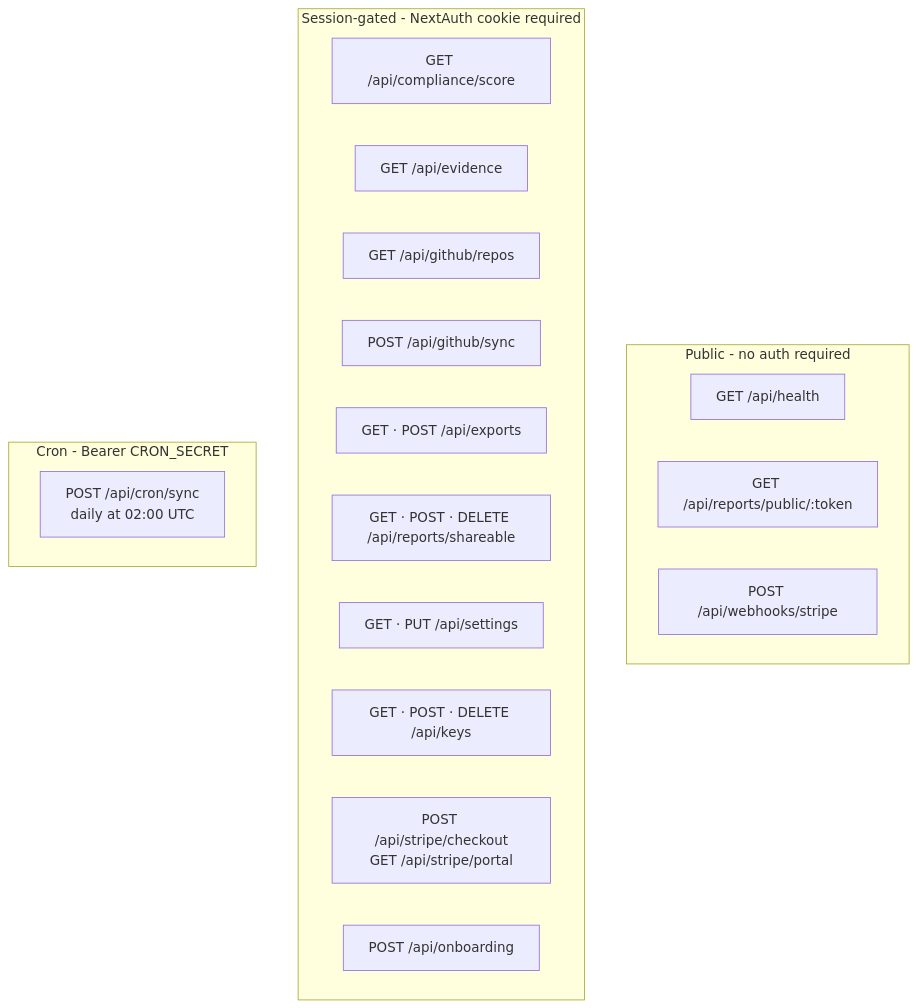
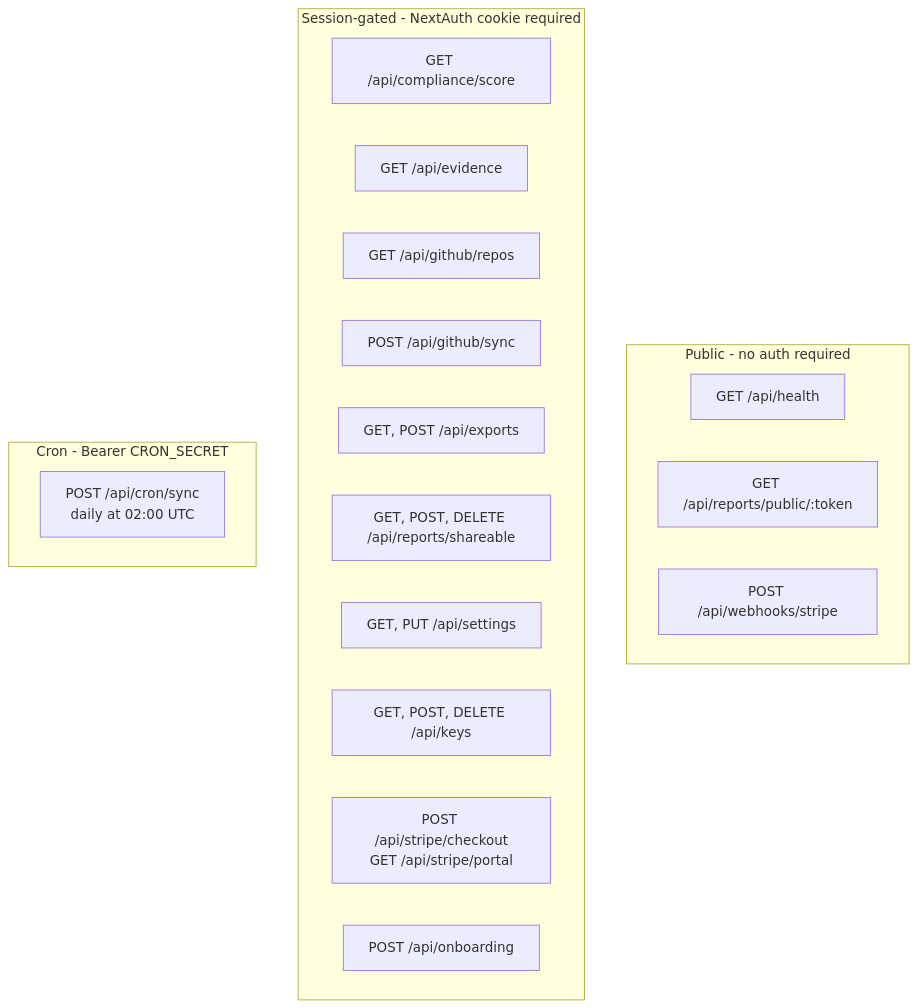
One commit to JohnJohnW/audittrail-dev changed diagram 12 of 13 in README.md. Above: the diagram before and after it, drawn with Mermaid. The commit also changed other lines of this file, not shown here.

First line of the commit message:
Fix remaining Mermaid diagram syntax issues in README

````diff
--- a/README.md
+++ b/README.md
@@ -542,25 +544,25 @@
 ```mermaid
 graph TB
     subgraph Public ["Public - no auth required"]
-        P1[GET /api/health]
-        P2[GET /api/reports/public/:token]
-        P3[POST /api/webhooks/stripe]
+        P1["GET /api/health"]
+        P2["GET /api/reports/public/:token"]
+        P3["POST /api/webhooks/stripe"]
     end
 
     subgraph Auth ["Session-gated - NextAuth cookie required"]
-        A1[GET /api/compliance/score]
-        A2[GET /api/evidence]
-        A3[GET /api/github/repos]
-        A4[POST /api/github/sync]
-        A5[GET · POST /api/exports]
-        A6[GET · POST · DELETE /api/reports/shareable]
-        A7[GET · PUT /api/settings]
-        A8[GET · POST · DELETE /api/keys]
-        A9[POST /api/stripe/checkout\nGET /api/stripe/portal]
-        A10[POST /api/onboarding]
+        A1["GET /api/compliance/score"]
+        A2["GET /api/evidence"]
+        A3["GET /api/github/repos"]
+        A4["POST /api/github/sync"]
+        A5["GET, POST /api/exports"]
+        A6["GET, POST, DELETE /api/reports/shareable"]
+        A7["GET, PUT /api/settings"]
+        A8["GET, POST, DELETE /api/keys"]
+        A9["POST /api/stripe/checkout\nGET /api/stripe/portal"]
+        A10["POST /api/onboarding"]
     end
 
     subgraph Cron ["Cron - Bearer CRON_SECRET"]
-        C1[POST /api/cron/sync\ndaily at 02:00 UTC]
+        C1["POST /api/cron/sync\ndaily at 02:00 UTC"]
     end
 ```
````
